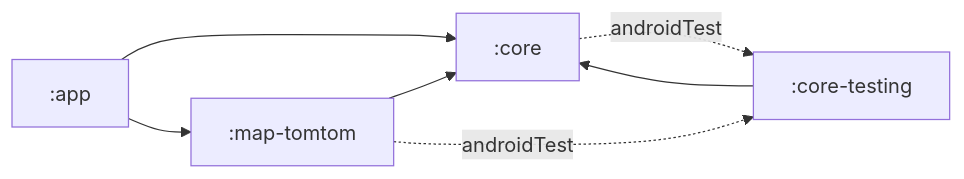
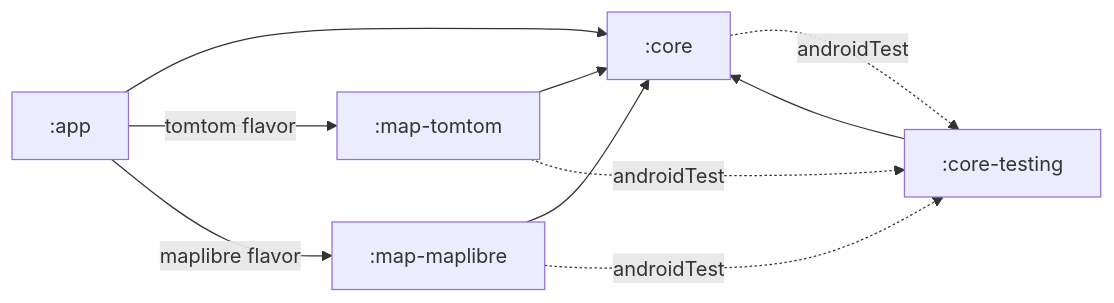
The first of 10 diagrams in docs/ARCHITECTURE.md (karczews/PublicTransportViewer), drawn with Mermaid before and after one commit. The commit also changed other lines of this file and 23 other files, not shown here.

First line of the commit message:
feat: add MapLibre map SDK flavor (#73)

````diff
--- a/docs/ARCHITECTURE.md
+++ b/docs/ARCHITECTURE.md
@@ -10,9 +10,12 @@
 ```mermaid
 graph LR
     app[":app"] --> core[":core"]
-    app --> tomtom[":map-tomtom"]
+    app -- tomtom flavor --> tomtom[":map-tomtom"]
+    app -- maplibre flavor --> maplibre[":map-maplibre"]
     tomtom --> core
+    maplibre --> core
     testing[":core-testing"] --> core
     core -. androidTest .-> testing
     tomtom -. androidTest .-> testing
+    maplibre -. androidTest .-> testing
 ```
````
